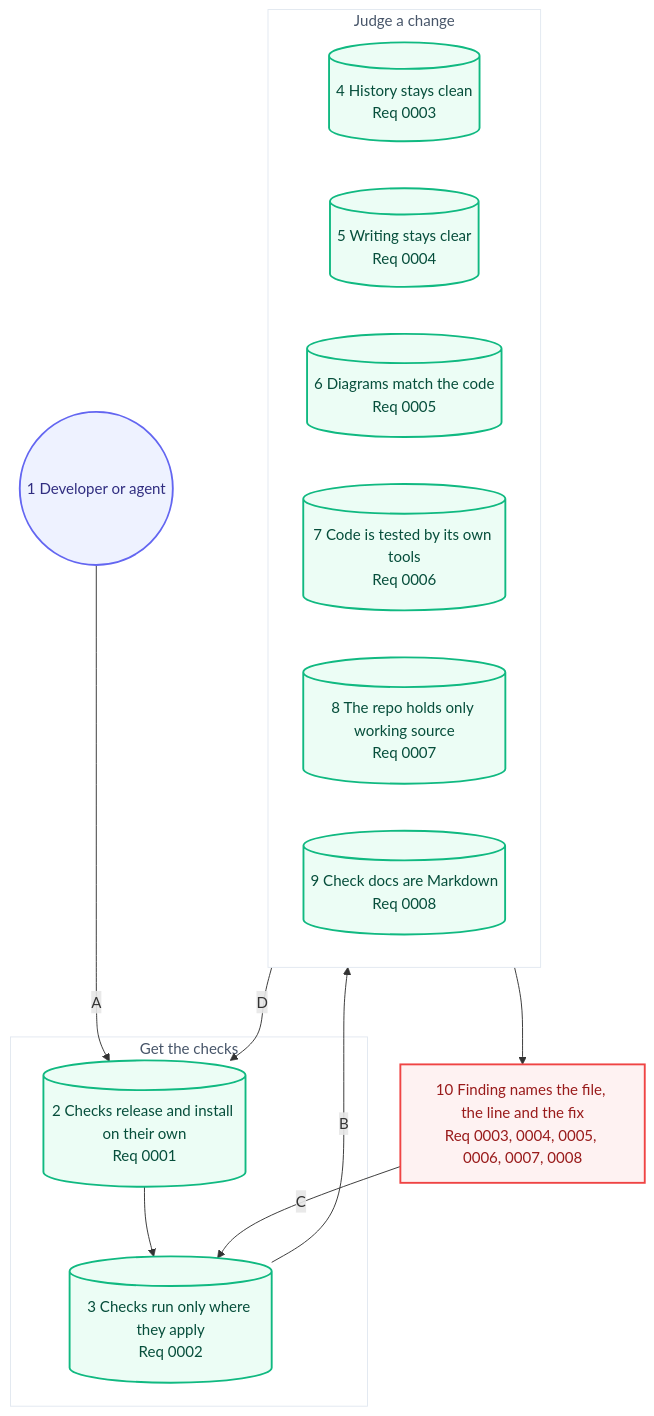
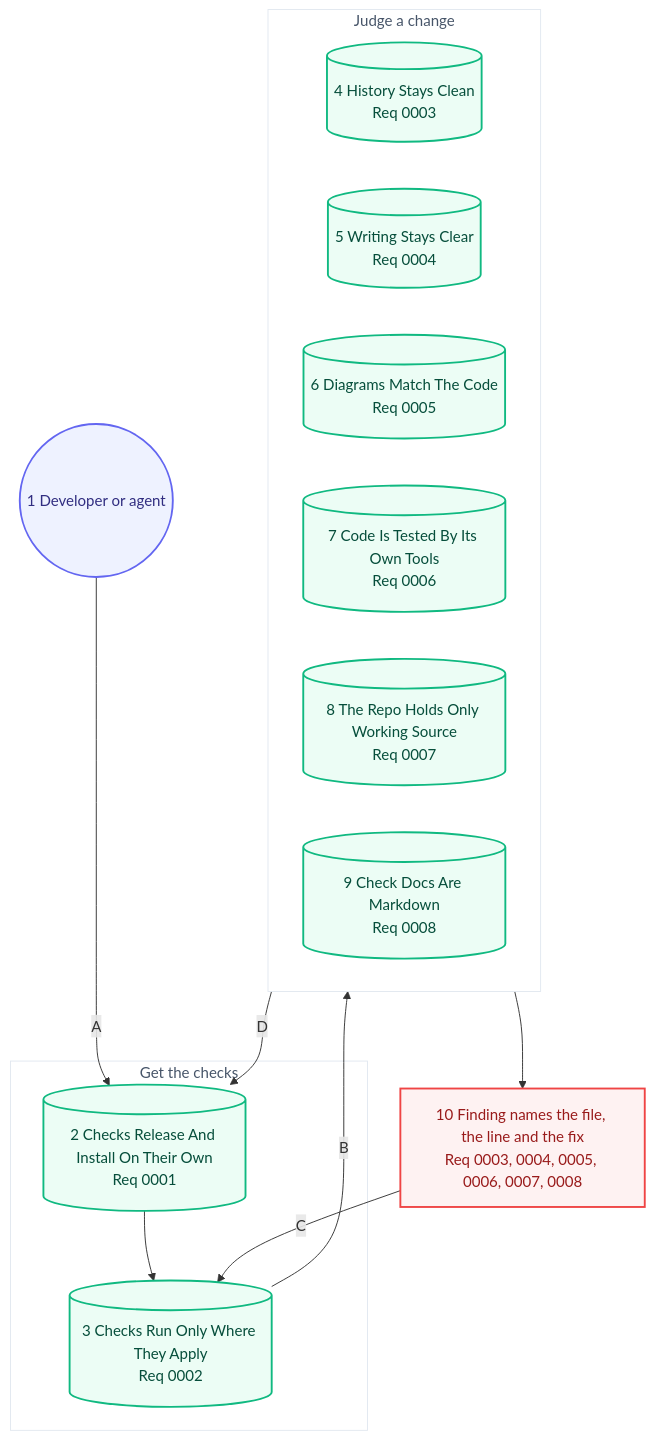
Before and after one commit to may-journal/fitness-checks: the second of 2 diagrams in docs/architecture/05-user-journey.md, drawn with Mermaid. The commit also changed other lines of this file and 7 other files, not shown here.

First line of the commit message:
feat(architecture-journey): generate the journey's requirement nodes from the docs (#140)

````diff
--- a/docs/architecture/05-user-journey.md
+++ b/docs/architecture/05-user-journey.md
@@ -38,36 +38,40 @@
 ```mermaid
 flowchart TB
     dev((1 Developer or agent)):::persona
 
     subgraph get["Get the checks"]
-        install[(2 Checks release and install on their own<br/>Req 0001)]:::system
-        apply[(3 Checks run only where they apply<br/>Req 0002)]:::system
+        %% journey-nodes:start 0001 0002
+        req0001[(2 Checks Release And Install On Their Own<br/>Req 0001)]:::system
+        req0002[(3 Checks Run Only Where They Apply<br/>Req 0002)]:::system
+        %% journey-nodes:end
     end
 
     subgraph judge["Judge a change"]
-        history[(4 History stays clean<br/>Req 0003)]:::system
-        writing[(5 Writing stays clear<br/>Req 0004)]:::system
-        diagrams[(6 Diagrams match the code<br/>Req 0005)]:::system
-        tested[(7 Code is tested by its own tools<br/>Req 0006)]:::system
-        source[(8 The repo holds only working source<br/>Req 0007)]:::system
-        docs[(9 Check docs are Markdown<br/>Req 0008)]:::system
+        %% journey-nodes:start 0003 0004 0005 0006 0007 0008
+        req0003[(4 History Stays Clean<br/>Req 0003)]:::system
+        req0004[(5 Writing Stays Clear<br/>Req 0004)]:::system
+        req0005[(6 Diagrams Match The Code<br/>Req 0005)]:::system
+        req0006[(7 Code Is Tested By Its Own Tools<br/>Req 0006)]:::system
+        req0007[(8 The Repo Holds Only Working Source<br/>Req 0007)]:::system
+        req0008[(9 Check Docs Are Markdown<br/>Req 0008)]:::system
+        %% journey-nodes:end
     end
 
     red[10 Finding names the file, the line and the fix<br/>Req 0003, 0004, 0005, 0006, 0007, 0008]:::blocked
 
-    dev -->|A| install
-    install --> apply
-    apply -->|B| judge
+    dev -->|A| req0001
+    req0001 --> req0002
+    req0002 -->|B| judge
     judge --> red
-    red -->|C| apply
-    judge -->|D| install
+    red -->|C| req0002
+    judge -->|D| req0001
 
     classDef persona fill:#eef2ff,stroke:#6366f1,color:#312e81,stroke-width:2px
     classDef screen fill:#f8fafc,stroke:#64748b,color:#1e293b,stroke-width:2px
     classDef action fill:#fff7ed,stroke:#f97316,color:#9a3412,stroke-width:2px
     classDef system fill:#ecfdf5,stroke:#10b981,color:#064e3b,stroke-width:2px
     classDef blocked fill:#fef2f2,stroke:#ef4444,color:#991b1b,stroke-width:2px
 
     style get fill:#ffffff,stroke:#e2e8f0,color:#475569,stroke-width:1px
     style judge fill:#ffffff,stroke:#e2e8f0,color:#475569,stroke-width:1px
 ```
````
